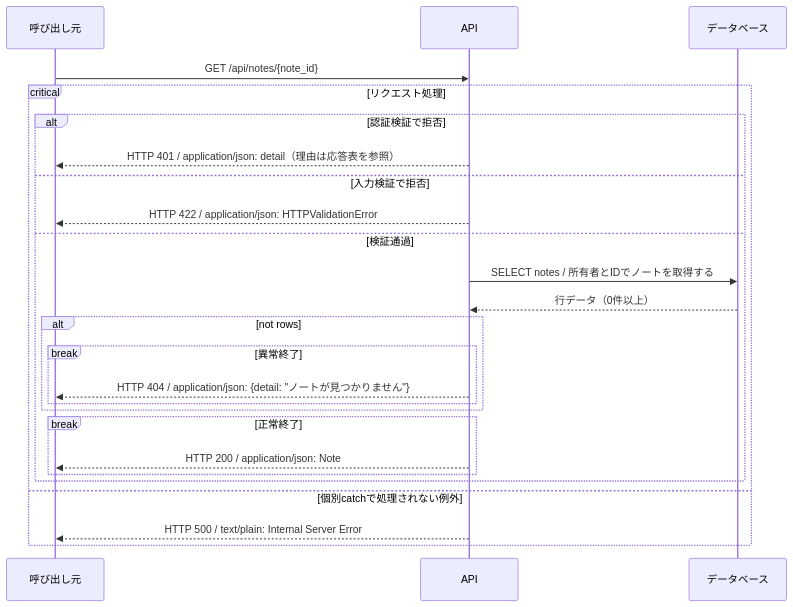
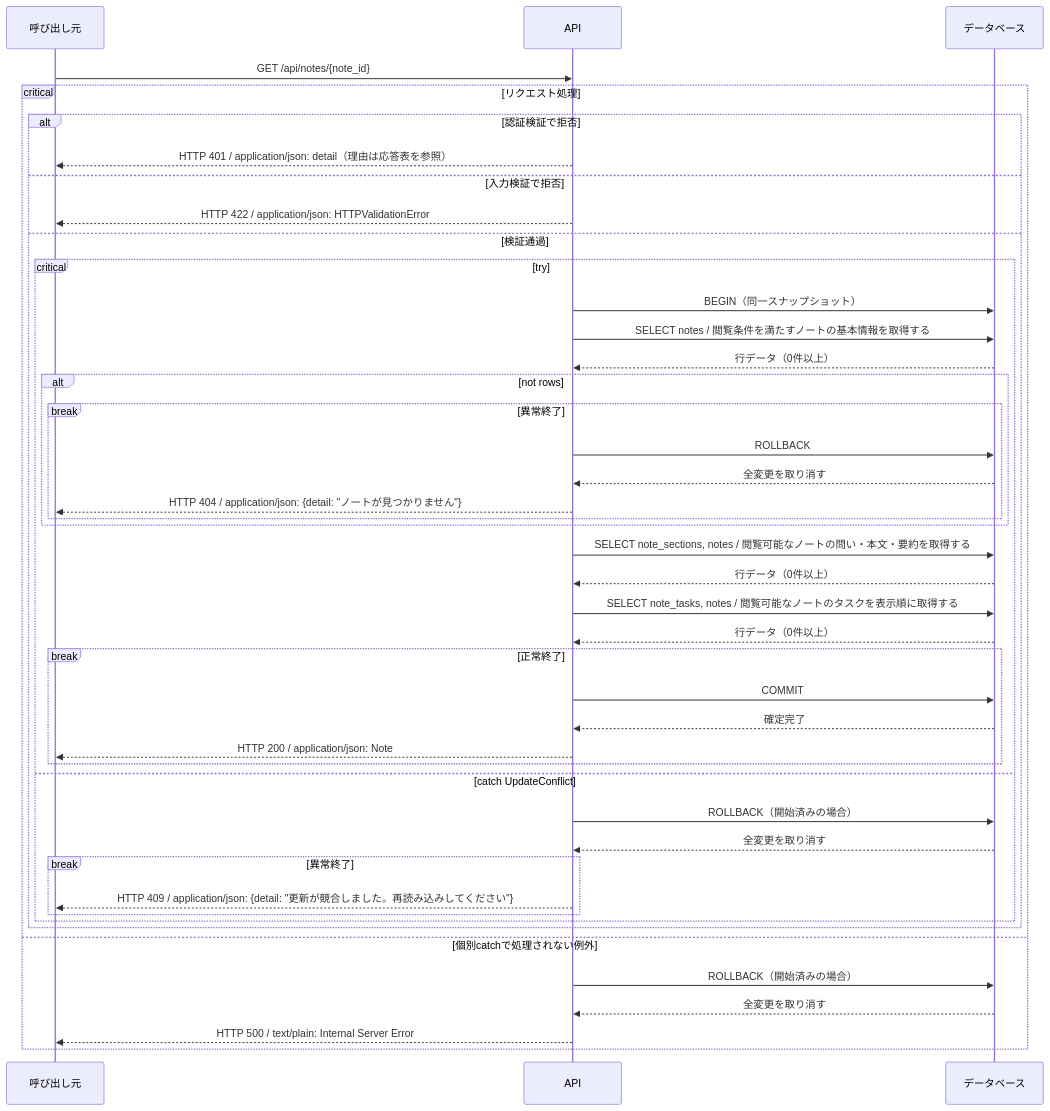
Before and after one commit to tsuji-tomonori/CornellNoteWebv2: the diagram in docs/generated/apis/get_note/sequence.gen.md, drawn with Mermaid. The commit also changed other lines of this file and 194 other files, not shown here.

````diff
--- a/docs/generated/apis/get_note/sequence.gen.md
+++ b/docs/generated/apis/get_note/sequence.gen.md
@@ -22,27 +22,46 @@
 ```mermaid
 sequenceDiagram
     participant C as 呼び出し元
     participant A as API
     participant D as データベース
     C->>A: GET /api/notes/{note_id}
     critical リクエスト処理
     alt 認証検証で拒否
     A-->>C: HTTP 401 / application/json: detail（理由は応答表を参照）
     else 入力検証で拒否
     A-->>C: HTTP 422 / application/json: HTTPValidationError
     else 検証通過
-    A->>D: SELECT notes / 所有者とIDでノートを取得する
+    critical try
+    A->>D: BEGIN（同一スナップショット）
+    A->>D: SELECT notes / 閲覧条件を満たすノートの基本情報を取得する
     D-->>A: 行データ（0件以上）
     alt not rows
     break 異常終了
+    A->>D: ROLLBACK
+    D-->>A: 全変更を取り消す
     A-->>C: HTTP 404 / application/json: {detail: #quot;ノートが見つかりません#quot;}
     end
     end
+    A->>D: SELECT note_sections, notes / 閲覧可能なノートの問い・本文・要約を取得する
+    D-->>A: 行データ（0件以上）
+    A->>D: SELECT note_tasks, notes / 閲覧可能なノートのタスクを表示順に取得する
+    D-->>A: 行データ（0件以上）
     break 正常終了
+    A->>D: COMMIT
+    D-->>A: 確定完了
     A-->>C: HTTP 200 / application/json: Note
+    end
+    option catch UpdateConflict
+    A->>D: ROLLBACK（開始済みの場合）
+    D-->>A: 全変更を取り消す
+    break 異常終了
+    A-->>C: HTTP 409 / application/json: {detail: #quot;更新が競合しました。再読み込みしてください#quot;}
+    end
     end
     end
     option 個別catchで処理されない例外
+    A->>D: ROLLBACK（開始済みの場合）
+    D-->>A: 全変更を取り消す
     A-->>C: HTTP 500 / text/plain: Internal Server Error
     end
 ```
````
